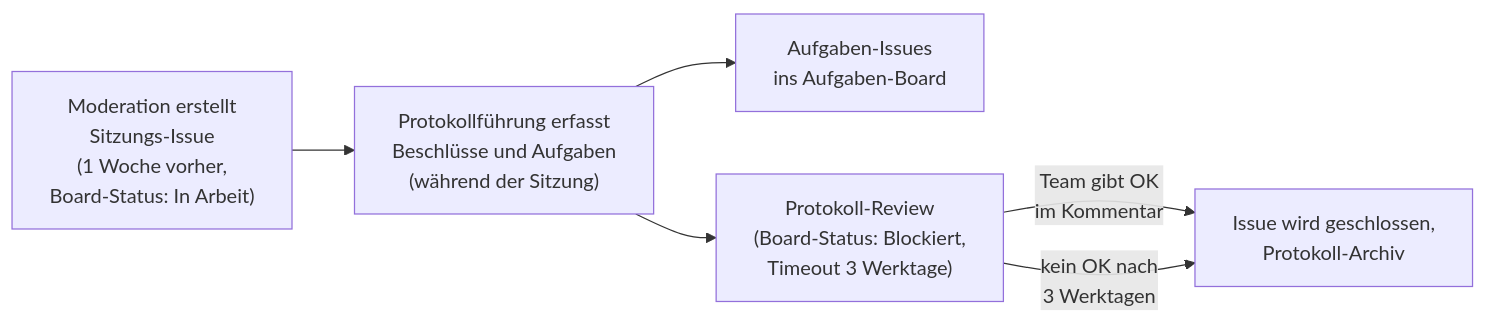
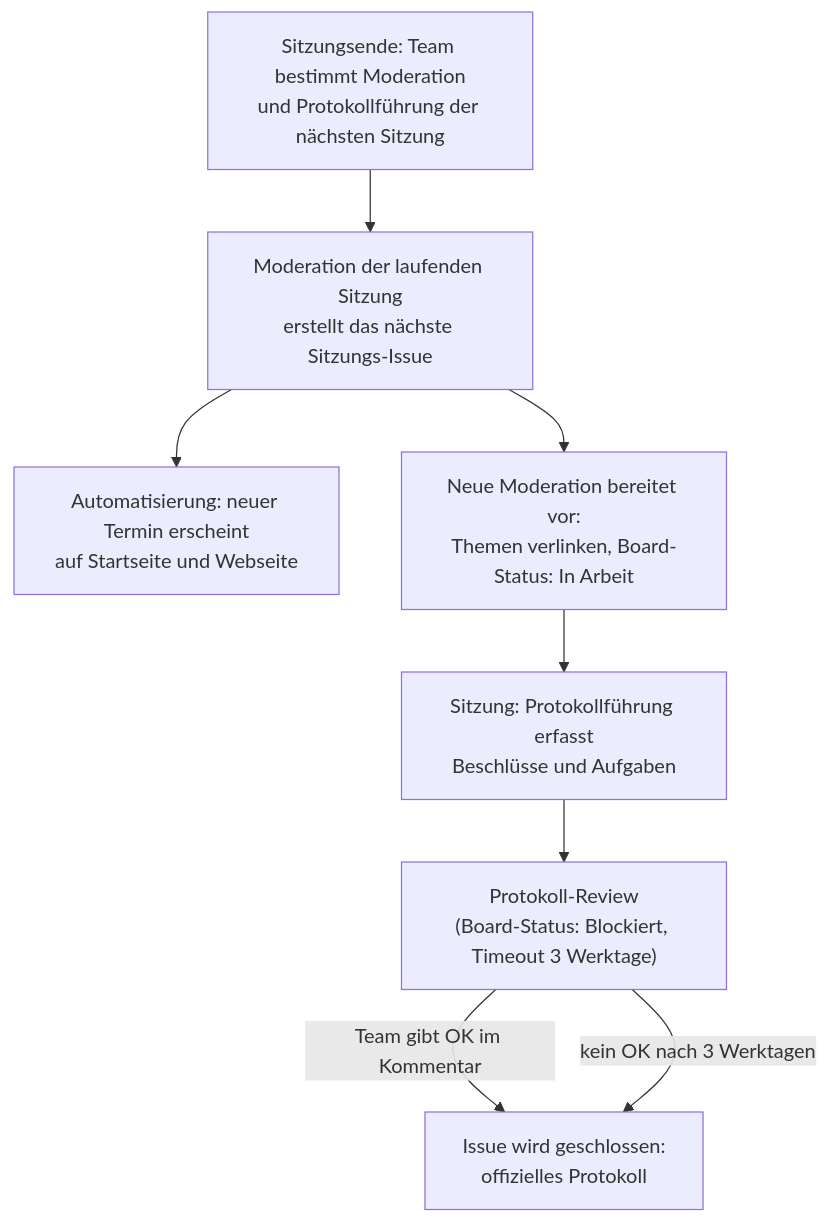
Before and after one commit to rfluethi/learn-wp-dach-team: the diagram in handbuch/Aufgaben und Sitzungsverwaltung/sitzung-durchfuehren.md, drawn with Mermaid. The commit also changed other lines of this file and 48 other files, not shown here.

````diff
--- a/handbuch/Aufgaben und Sitzungsverwaltung/sitzung-durchfuehren.md
+++ b/handbuch/Aufgaben und Sitzungsverwaltung/sitzung-durchfuehren.md
@@ -20,8 +21,10 @@
 ```mermaid
-flowchart LR
-    A["Moderation erstellt<br>Sitzungs-Issue<br>(1 Woche vorher,<br>Board-Status: In Arbeit)"] --> B["Protokollführung erfasst<br>Beschlüsse und Aufgaben<br>(während der Sitzung)"]
-    B --> C["Aufgaben-Issues<br>ins Aufgaben-Board"]
-    B --> D["Protokoll-Review<br>(Board-Status: Blockiert,<br>Timeout 3 Werktage)"]
-    D -->|"Team gibt OK<br>im Kommentar"| E["Issue wird geschlossen,<br>Protokoll-Archiv"]
-    D -->|"kein OK nach<br>3 Werktagen"| E
+flowchart TD
+    A["Sitzungsende: Team bestimmt Moderation<br>und Protokollführung der nächsten Sitzung"] --> B["Moderation der laufenden Sitzung<br>erstellt das nächste Sitzungs-Issue"]
+    B --> C["Automatisierung: neuer Termin erscheint<br>auf Startseite und Webseite"]
+    B --> D["Neue Moderation bereitet vor:<br>Themen verlinken, Board-Status: In Arbeit"]
+    D --> E["Sitzung: Protokollführung erfasst<br>Beschlüsse und Aufgaben"]
+    E --> F["Protokoll-Review<br>(Board-Status: Blockiert, Timeout 3 Werktage)"]
+    F -->|"Team gibt OK im Kommentar"| G["Issue wird geschlossen:<br>offizielles Protokoll"]
+    F -->|"kein OK nach 3 Werktagen"| G
 ```
````
